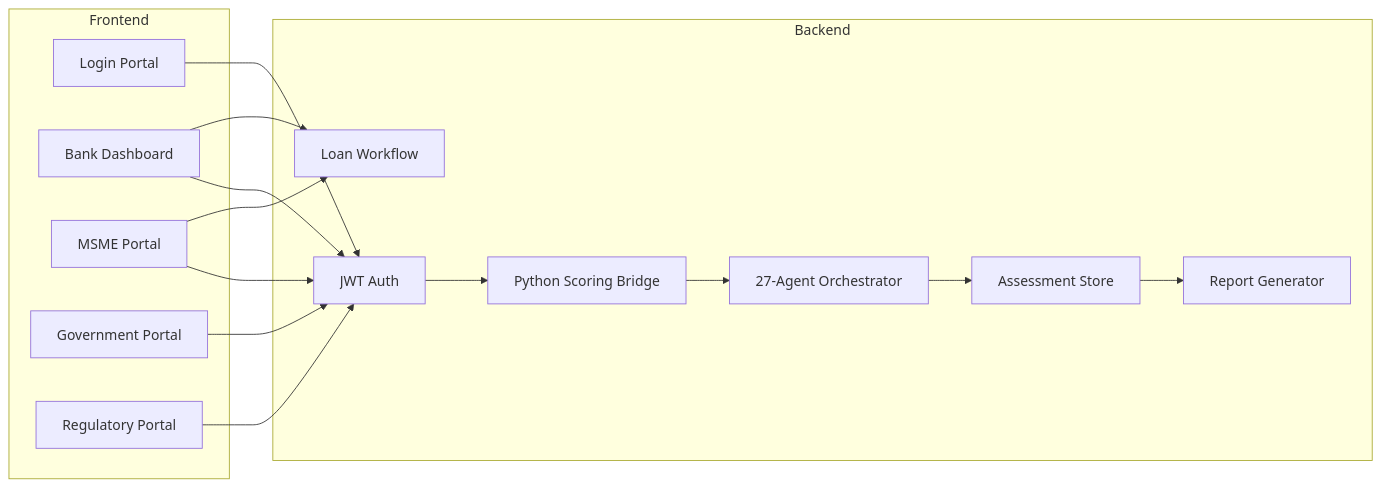
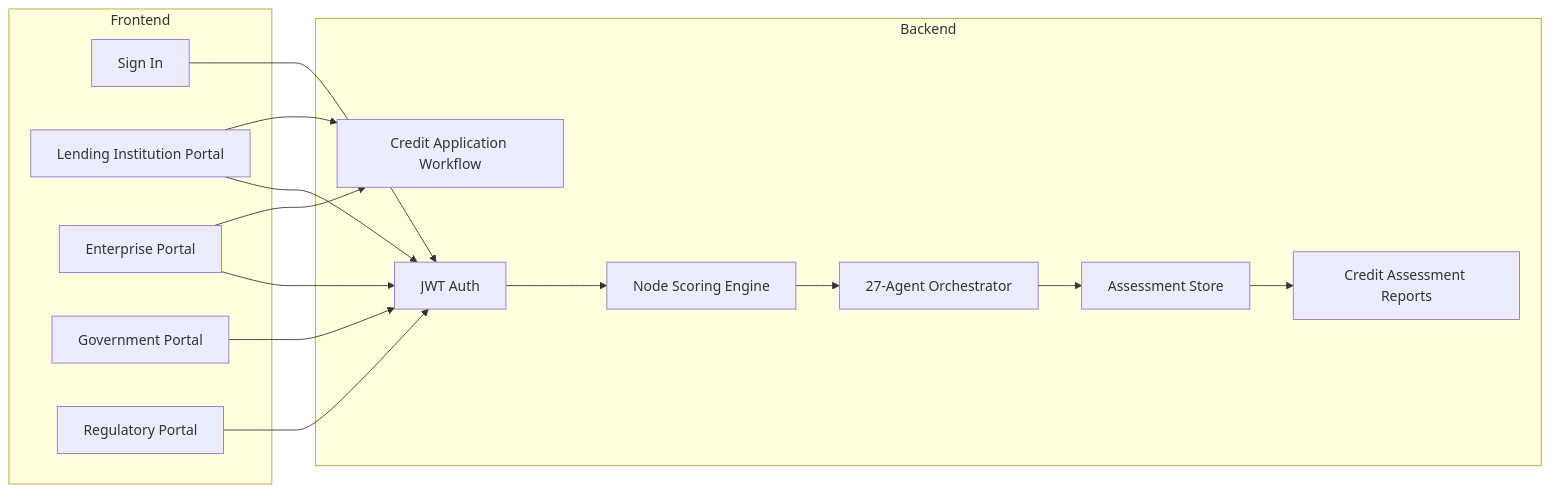
The diagram in docs/PLATFORM.md (carbonintelli/FinancialHealthScore), drawn with Mermaid before and after one commit. The commit also changed other lines of this file and 9 other files, not shown here.

````diff
--- a/docs/PLATFORM.md
+++ b/docs/PLATFORM.md
@@ -73,28 +77,28 @@
 ```mermaid
 flowchart LR
     subgraph Frontend
-        LOGIN[Login Portal]
-        BANK[Bank Dashboard]
-        MSME[MSME Portal]
+        LOGIN[Sign In]
+        BANK[Lending Institution Portal]
+        MSME[Enterprise Portal]
         GOVT[Government Portal]
         REG[Regulatory Portal]
     end
 
     subgraph Backend
         AUTH[JWT Auth]
-        ASSESS[Python Scoring Bridge]
+        SCORE[Node Scoring Engine]
         AGENTS[27-Agent Orchestrator]
         STORE[Assessment Store]
-        LOAN[Loan Workflow]
-        REPORT[Report Generator]
+        LOAN[Credit Application Workflow]
+        REPORT[Credit Assessment Reports]
     end
 
     LOGIN --> AUTH
     BANK & MSME & GOVT & REG --> AUTH
-    AUTH --> ASSESS
-    ASSESS --> AGENTS
+    AUTH --> SCORE
+    SCORE --> AGENTS
     AGENTS --> STORE
     STORE --> REPORT
     MSME --> LOAN
     BANK --> LOAN
 ```
````
